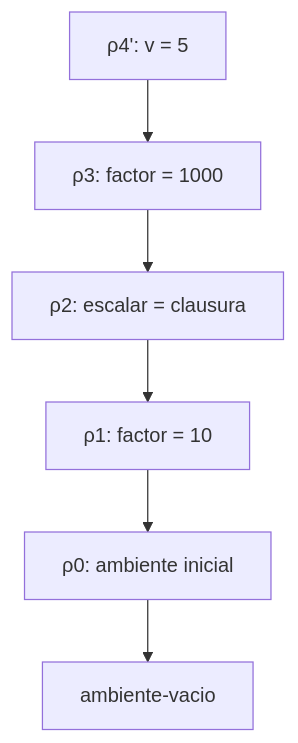
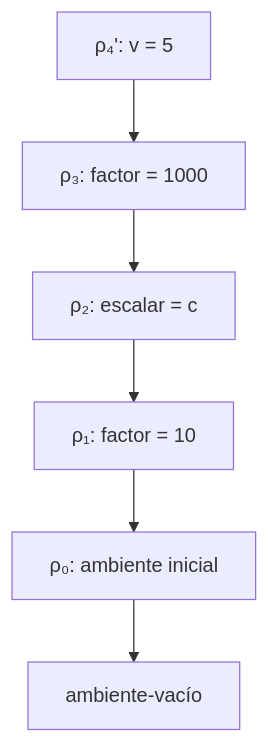
The second of 2 diagrams in docs/informe-correccion.md (Nicolas-Cardona2/flp-2026-2-taller-02-cauca-GrupoCK), drawn with Mermaid before and after one commit. The commit also changed other lines of this file, not shown here.

````diff
--- a/docs/informe-correccion.md
+++ b/docs/informe-correccion.md
@@ -429,8 +349,8 @@
 ```mermaid
-graph TD
-  B4["ρ4': v = 5"] --> B3["ρ3: factor = 1000"]
-  B3 --> B2["ρ2: escalar = clausura"]
-  B2 --> B1["ρ1: factor = 10"]
-  B1 --> B0["ρ0: ambiente inicial"]
-  B0 --> V2["ambiente-vacio"]
+flowchart TD
+    A["ρ₄': v = 5"] --> B["ρ₃: factor = 1000"]
+    B --> C["ρ₂: escalar = c"]
+    C --> D["ρ₁: factor = 10"]
+    D --> E["ρ₀: ambiente inicial"]
+    E --> F["ambiente-vacío"]
 ```
````
